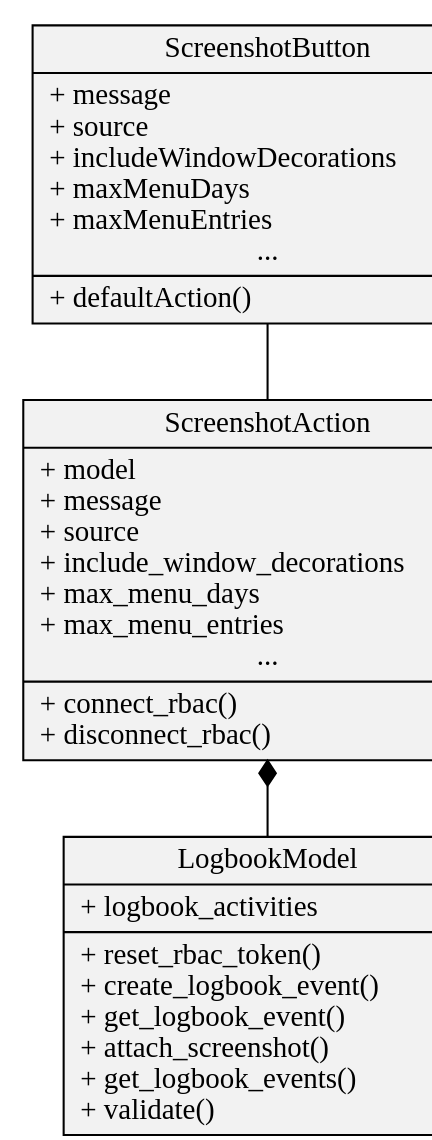
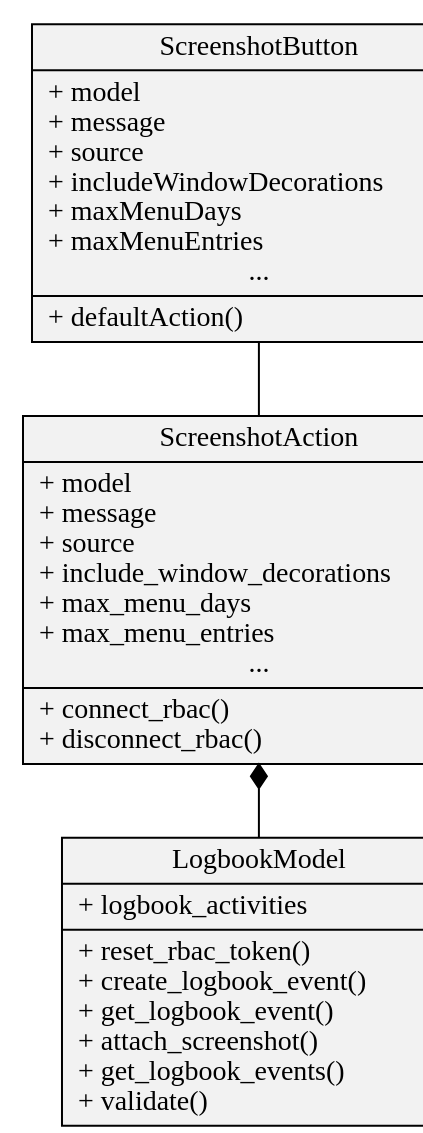
Before and after one commit to jfpatrick/accsoft-gui-pyqt-widgets: the diagram in docs/widgets/screenshot/api/modules.rst, drawn with Graphviz. The commit also changed 3 other files, not shown here.

Commit message:
Add shortcut to the model property in ScreenshotButton

```diff
--- a/docs/widgets/screenshot/api/modules.rst
+++ b/docs/widgets/screenshot/api/modules.rst
@@ -7,18 +7,18 @@
 .. graphviz::
    :align: center
    :caption: ScreenshotButton widget architecture
    :alt: ScreenshotButton widget architecture
 
    digraph hierarchy {
      graph[resolution=90];
      size="5,5"
      node[shape=record,style=filled,fillcolor=gray95];
      edge[dir=back, arrowtail=empty];
 
-     widget [label="{ScreenshotButton|+ message\l+ source\l+ includeWindowDecorations\l+ maxMenuDays\l+ maxMenuEntries\l...|+ defaultAction()\l}"]
+     widget [label="{ScreenshotButton|+ model\l+ message\l+ source\l+ includeWindowDecorations\l+ maxMenuDays\l+ maxMenuEntries\l...|+ defaultAction()\l}"]
      action [label="{ScreenshotAction|+ model\l+ message\l+ source\l+ include_window_decorations\l+ max_menu_days\l+ max_menu_entries\l...|+ connect_rbac()\l+ disconnect_rbac()\l}"]
      model [label="{LogbookModel|+ logbook_activities\l|+ reset_rbac_token()\l+ create_logbook_event()\l+ get_logbook_event()\l+ attach_screenshot()\l+ get_logbook_events()\l+ validate()\l}"]
 
      widget -> action [arrowtail=none];
      action -> model [arrowtail=diamond];
    }
```
